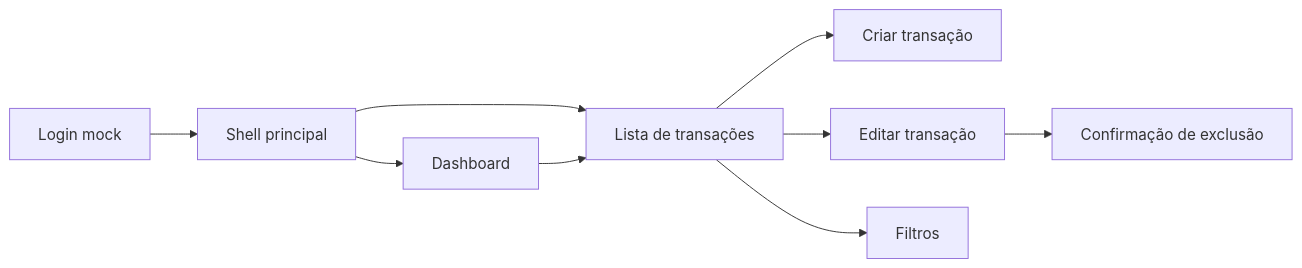
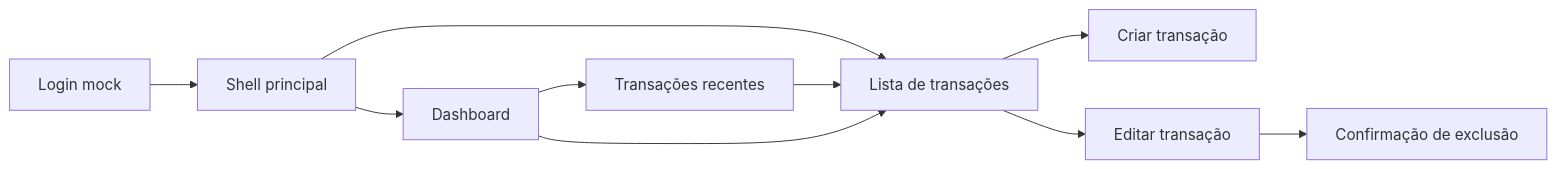
One commit to leomoraesitu/fintrack changed the first of 3 diagrams in README.md. Above: the diagram before and after it, drawn with Mermaid. The commit also changed other lines of this file and 4 other files, not shown here.

````diff
--- a/README.md
+++ b/README.md
@@ -50,11 +60,12 @@
 ```mermaid
 flowchart LR
 	A[Login mock] --> B[Shell principal]
 	B --> C[Dashboard]
 	B --> D[Lista de transações]
+	C --> I[Transações recentes]
+	I --> D
 	D --> E[Criar transação]
 	D --> F[Editar transação]
-	D --> G[Filtros]
 	F --> H[Confirmação de exclusão]
 	C --> D
 ```
````
